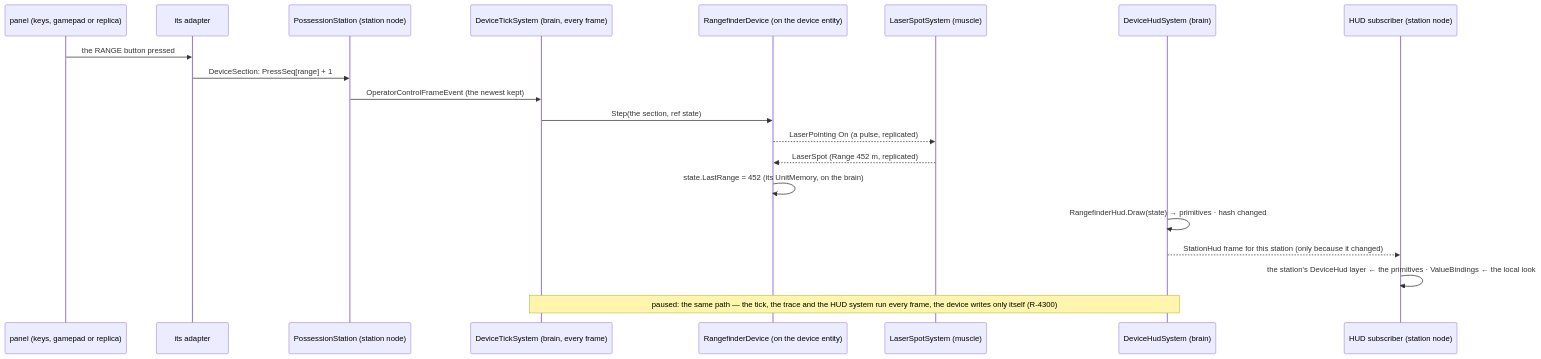
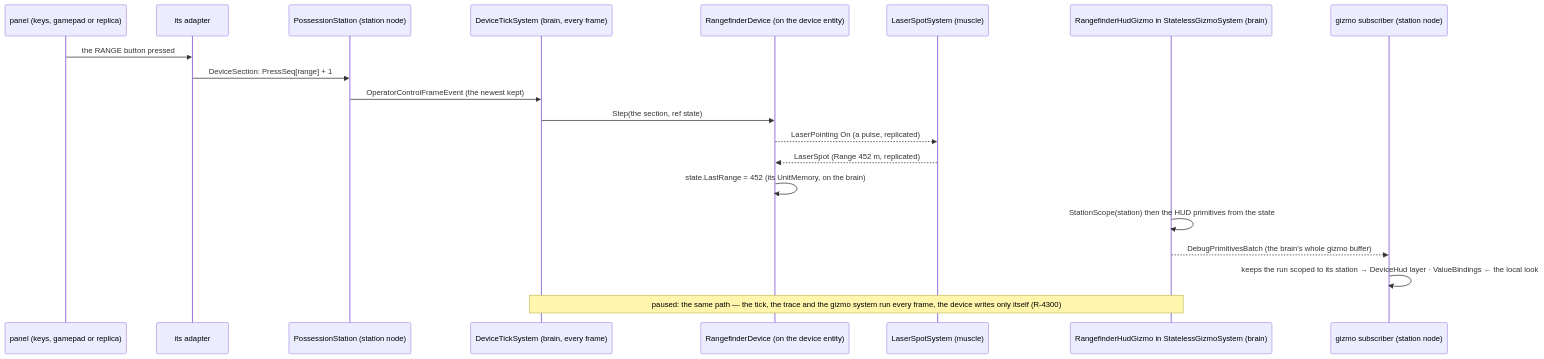
One commit to pjanec/HROT changed the third of 6 diagrams in docs/designs/devices/DESIGN_Simulated_Devices.md. Above: the diagram before and after it, drawn with Mermaid. The commit also changed other lines of this file, not shown here.

First line of the commit message:
devices design rev 7 (§3k): no HUD system — the HUD is a stateless gizmo projector on the brain (as HillAttackGizmo), shipped by the existing batch under a StationScope meta-primitive

````diff
--- a/docs/designs/devices/DESIGN_Simulated_Devices.md
+++ b/docs/designs/devices/DESIGN_Simulated_Devices.md
@@ -155,22 +158,22 @@
 ```mermaid
 sequenceDiagram
   participant P as panel (keys, gamepad or replica)
   participant A as its adapter
   participant S as PossessionStation (station node)
   participant T as DeviceTickSystem (brain, every frame)
   participant D as RangefinderDevice (on the device entity)
   participant M as LaserSpotSystem (muscle)
-  participant H as DeviceHudSystem (brain)
-  participant U as HUD subscriber (station node)
+  participant H as RangefinderHudGizmo in StatelessGizmoSystem (brain)
+  participant U as gizmo subscriber (station node)
   P->>A: the RANGE button pressed
   A->>S: DeviceSection: PressSeq[range] + 1
   S->>T: OperatorControlFrameEvent (the newest kept)
   T->>D: Step(the section, ref state)
   D-->>M: LaserPointing On (a pulse, replicated)
   M-->>D: LaserSpot (Range 452 m, replicated)
   D->>D: state.LastRange = 452 (its UnitMemory, on the brain)
-  H->>H: RangefinderHud.Draw(state) → primitives · hash changed
-  H-->>U: StationHud frame for this station (only because it changed)
-  U->>U: the station's DeviceHud layer ← the primitives · ValueBindings ← the local look
-  Note over T,H: paused: the same path — the tick, the trace and the HUD system run every frame, the device writes only itself (R-4300)
+  H->>H: StationScope(station) then the HUD primitives from the state
+  H-->>U: DebugPrimitivesBatch (the brain's whole gizmo buffer)
+  U->>U: keeps the run scoped to its station → DeviceHud layer · ValueBindings ← the local look
+  Note over T,H: paused: the same path — the tick, the trace and the gizmo system run every frame, the device writes only itself (R-4300)
 ```
````
